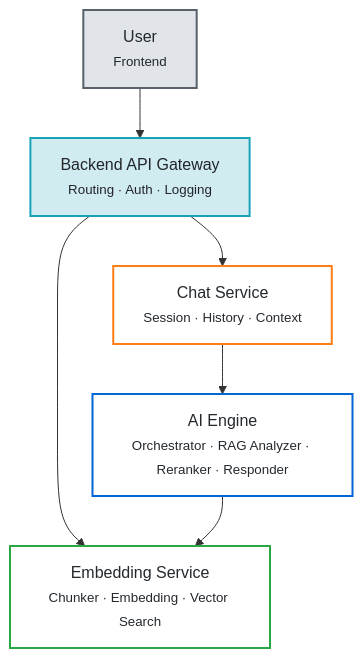
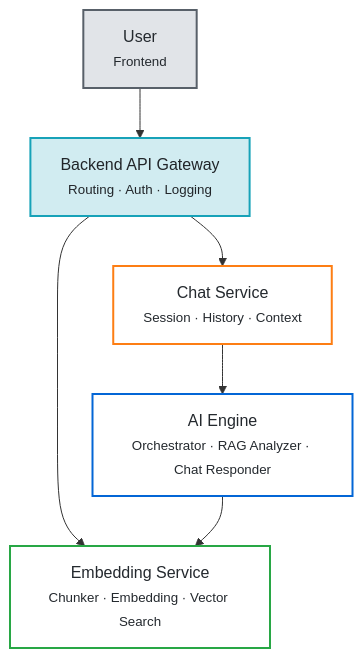
One commit to Taihenc/project-aiq changed the first of 3 diagrams in README.md. Above: the diagram before and after it, drawn with Mermaid. The commit also changed other lines of this file, not shown here.

Commit message:
docs: [AIQ-85] update README to reflect changes in system architecture and AI-Engine flow

````diff
--- a/README.md
+++ b/README.md
@@ -179,25 +177,25 @@
 ```mermaid
 graph TD
     %% LAYER: Frontend & Backend
     U[User <br/> <small>Frontend</small>]
     B[Backend API Gateway<br/><small>Routing · Auth · Logging</small>]
 
     %% LAYER: Services
     C[Chat Service<br/><small>Session · History · Context</small>]
-    A[AI Engine<br/><small>Orchestrator · RAG Analyzer · Reranker · Responder</small>]
+    A[AI Engine<br/><small>Orchestrator · RAG Analyzer · Chat Responder</small>]
     R[Embedding Service<br/><small>Chunker · Embedding · Vector Search</small>]
 
     %% CONNECTIONS
     U --> B
     B --> C
     B --> R
     C --> A
     A --> R
 
     %% STYLE
     style U fill:#e1e4e8,stroke:#586069,stroke-width:2px,color:#24292e
     style B fill:#d1ecf1,stroke:#17a2b8,stroke-width:2px,color:#212529
     style C fill:#fff,stroke:#fd7e14,stroke-width:2px,color:#24292e
     style A fill:#fff,stroke:#0366d6,stroke-width:2px,color:#24292e
     style R fill:#fff,stroke:#28a745,stroke-width:2px,color:#24292e
 ```
````
